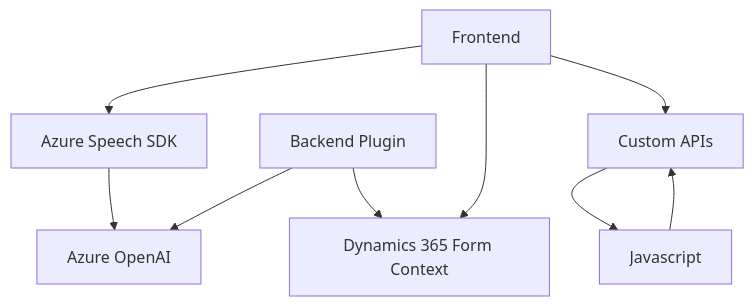
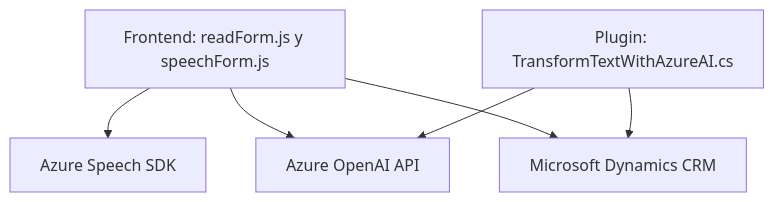
Before and after one commit to blopezdm/NETCORE_BILBAO2025: the diagram in README.md, drawn with Mermaid. The commit also changed other lines of this file, not shown here.

````diff
--- a/README.md
+++ b/README.md
@@ -35,19 +40,14 @@
 ```mermaid
 graph TD
-A["Frontend"]
-B["Azure Speech SDK"]
-C["Dynamics 365 Form Context"]
-D["Backend Plugin"]
-E["Azure OpenAI"]
-F["Custom APIs"]
-G["Javascript"]
+    A["Frontend: readForm.js y speechForm.js"]
+    B["Azure Speech SDK"]
+    C["Plugin: TransformTextWithAzureAI.cs"]
+    D["Microsoft Dynamics CRM"]
+    E["Azure OpenAI API"]
 
-A --> B
-A --> C
-A --> F
-B --> E
-D --> E
-D --> C
-F --> G
-G --> F
+    A --> B
+    A --> E
+    A --> D
+    C --> D
+    C --> E
 ```
````
